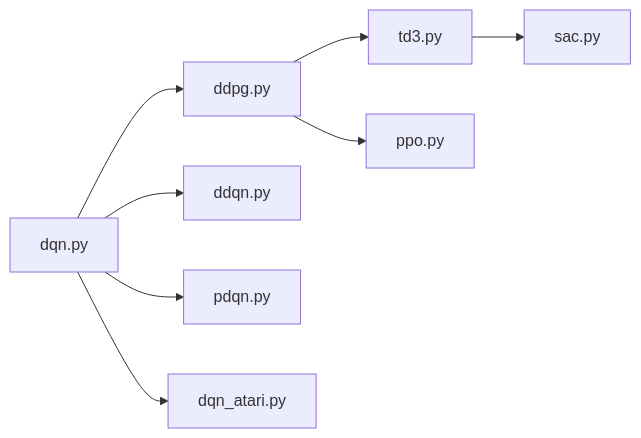
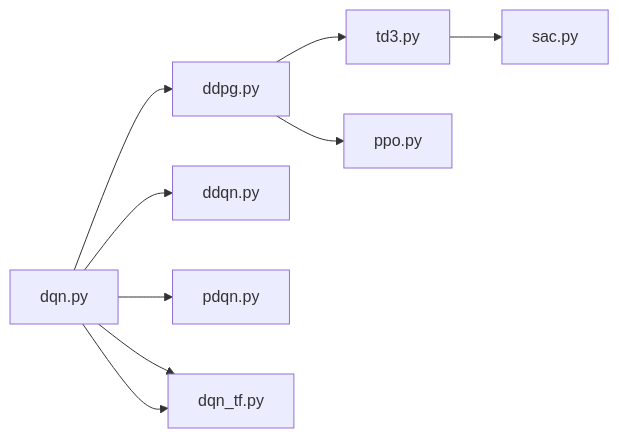
Before and after one commit to sdpkjc/abcdrl: the diagram in docs/features.en.md, drawn with Mermaid. The commit also changed 11 other files, not shown here.

````diff
--- a/docs/features.en.md
+++ b/docs/features.en.md
@@ -12,10 +12,11 @@
     ``` mermaid
     graph LR
     A[dqn.py] -->B[ddpg.py];
     B -->C[td3.py];
     C -->D[sac.py];
     B -->E[ppo.py];
     A -->F[ddqn.py];
     A -->G[pdqn.py];
     A -->H[dqn_atari.py];
+    A -->H[dqn_tf.py];
     ```
````
